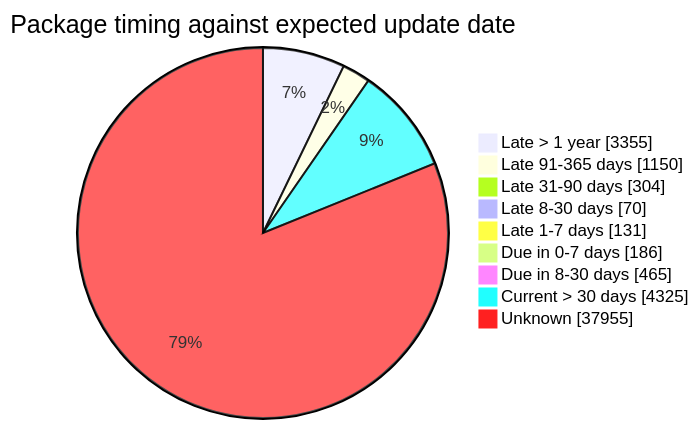
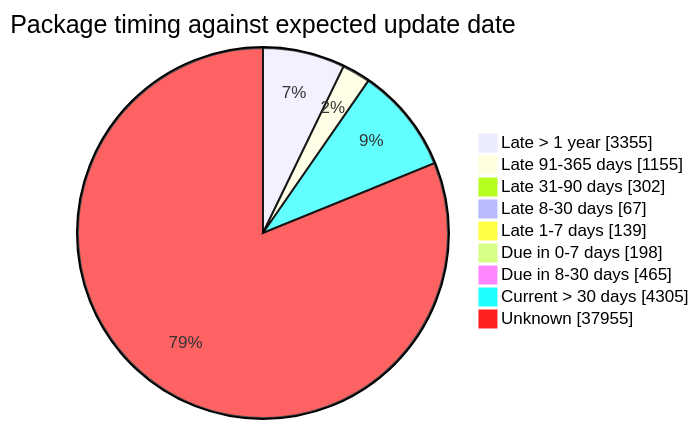
Before and after one commit to open-data/analytics-corporate-reporting: the fourth of 5 diagrams in FreshCheck/README.md, drawn with Mermaid. The commit also changed other lines of this file and 3 other files, not shown here.

````diff
--- a/FreshCheck/README.md
+++ b/FreshCheck/README.md
@@ -86,12 +86,12 @@
 ```mermaid
 pie showData title Package timing against expected update date
     "Late > 1 year": 3355
-    "Late 91-365 days": 1150
-    "Late 31-90 days": 304
-    "Late 8-30 days": 70
-    "Late 1-7 days": 131
-    "Due in 0-7 days": 186
+    "Late 91-365 days": 1155
+    "Late 31-90 days": 302
+    "Late 8-30 days": 67
+    "Late 1-7 days": 139
+    "Due in 0-7 days": 198
     "Due in 8-30 days": 465
-    "Current > 30 days": 4325
+    "Current > 30 days": 4305
     "Unknown": 37955
 ```
````
